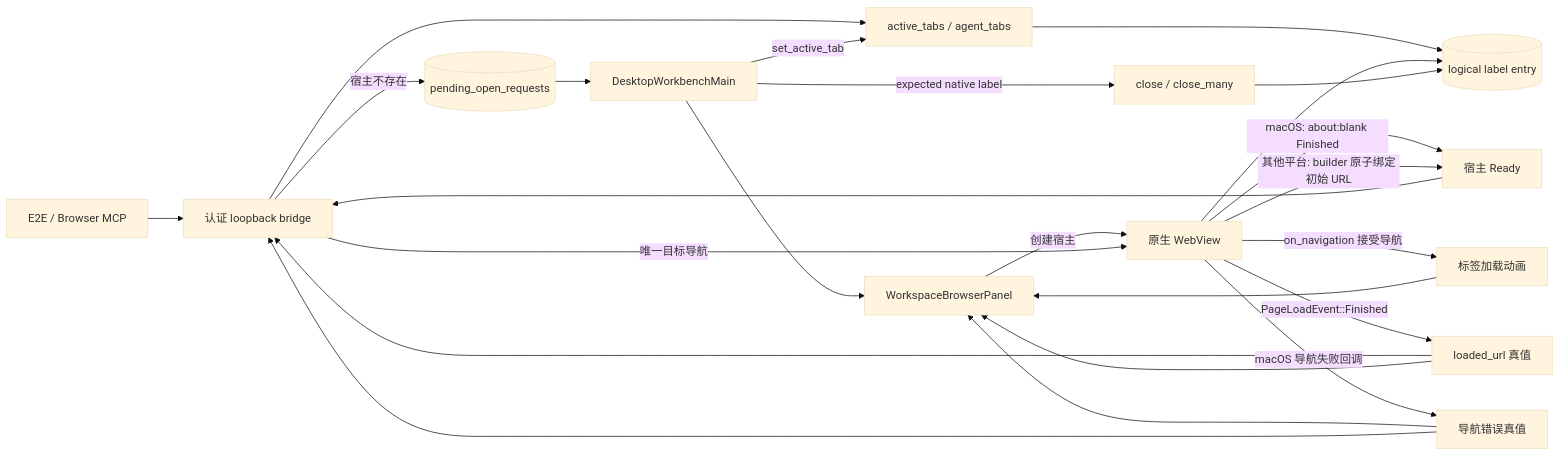
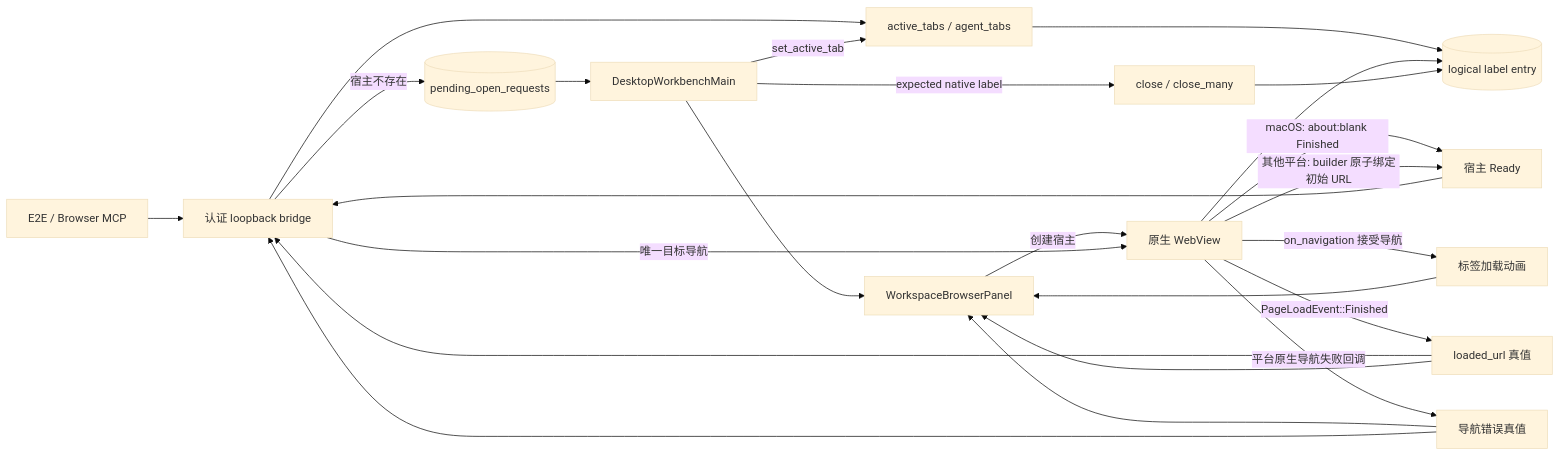
One commit to wecode-ai/Wegent changed the first of 2 diagrams in docs/zh/architecture/embedded-browser.md. Above: the diagram before and after it, drawn with Mermaid (base theme). The commit also changed other lines of this file and 4 other files, not shown here.

````diff
--- a/docs/zh/architecture/embedded-browser.md
+++ b/docs/zh/architecture/embedded-browser.md
@@ -9,26 +9,26 @@
 ```mermaid
 flowchart LR
     CALLER[E2E / Browser MCP] --> BRIDGE[认证 loopback bridge]
     BRIDGE --> ROUTE[active_tabs / agent_tabs]
     ROUTE --> ENTRY[(logical label entry)]
     BRIDGE -->|宿主不存在| PENDING[(pending_open_requests)]
     PENDING --> MAIN[DesktopWorkbenchMain]
     MAIN --> PANEL[WorkspaceBrowserPanel]
     PANEL -->|创建宿主| WEBVIEW[原生 WebView]
     WEBVIEW --> ENTRY
     WEBVIEW -->|macOS: about:blank Finished| READY[宿主 Ready]
     WEBVIEW -->|其他平台: builder 原子绑定初始 URL| READY
     READY --> BRIDGE
     BRIDGE -->|唯一目标导航| WEBVIEW
     WEBVIEW -->|on_navigation 接受导航| LOADING[标签加载动画]
     LOADING --> PANEL
     WEBVIEW -->|PageLoadEvent::Finished| LOADED[loaded_url 真值]
-    WEBVIEW -->|macOS 导航失败回调| FAILED[导航错误真值]
+    WEBVIEW -->|平台原生导航失败回调| FAILED[导航错误真值]
     LOADED --> BRIDGE
     LOADED --> PANEL
     FAILED --> PANEL
     FAILED --> BRIDGE
     MAIN -->|set_active_tab| ROUTE
     MAIN -->|expected native label| CLOSE[close / close_many]
     CLOSE --> ENTRY
 ```
````
